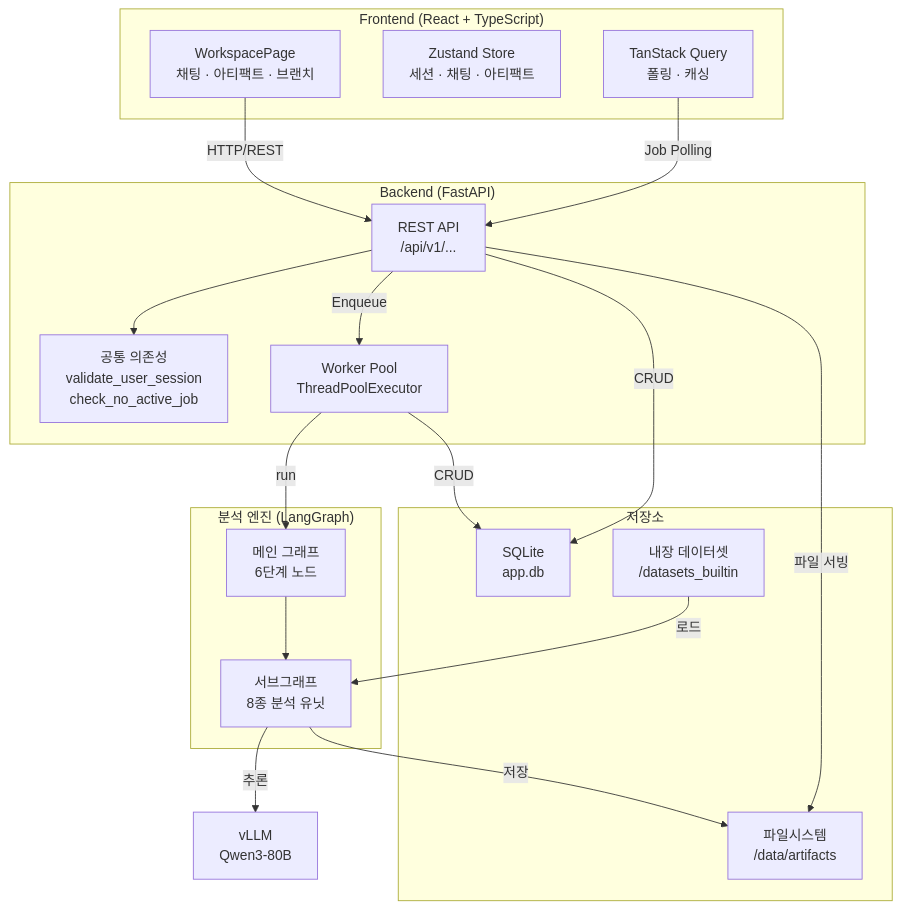
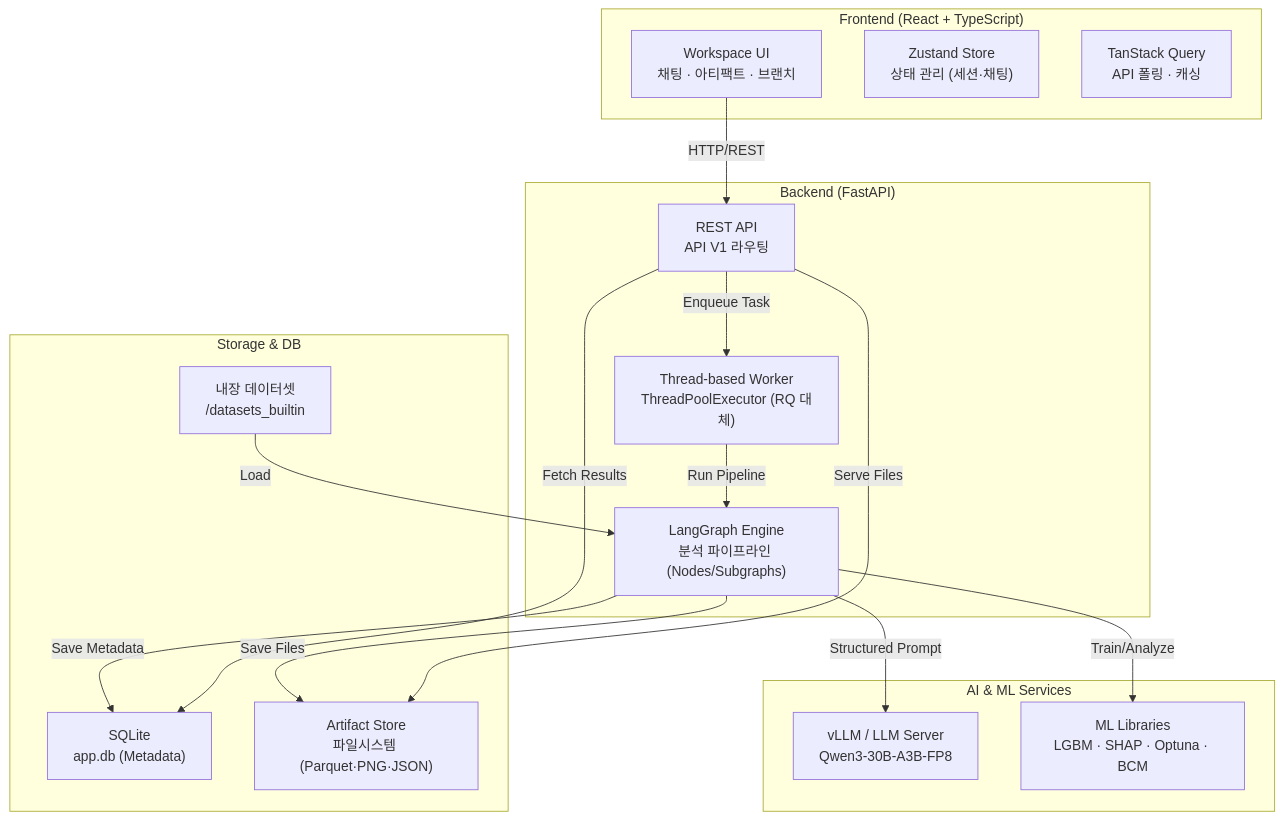
Before and after one commit to DusunHwang/Data_LG: the first of 2 diagrams in README.md, drawn with Mermaid. The commit also changed other lines of this file, not shown here.

````diff
--- a/README.md
+++ b/README.md
@@ -44,39 +21,36 @@
 ```mermaid
 graph TB
     subgraph Client["Frontend (React + TypeScript)"]
-        UI["WorkspacePage\n채팅 · 아티팩트 · 브랜치"]
-        Store["Zustand Store\n세션 · 채팅 · 아티팩트"]
-        TQ["TanStack Query\n폴링 · 캐싱"]
+        UI["Workspace UI\n채팅 · 아티팩트 · 브랜치"]
+        Store["Zustand Store\n상태 관리 (세션·채팅)"]
+        Query["TanStack Query\nAPI 폴링 · 캐싱"]
     end
 
     subgraph Backend["Backend (FastAPI)"]
-        API["REST API\n/api/v1/..."]
-        Deps["공통 의존성\nvalidate_user_session\ncheck_no_active_job"]
-        Worker["Worker Pool\nThreadPoolExecutor"]
+        API["REST API\nAPI V1 라우팅"]
+        Worker["Thread-based Worker\nThreadPoolExecutor (RQ 대체)"]
+        Engine["LangGraph Engine\n분석 파이프라인 (Nodes/Subgraphs)"]
     end
 
-    subgraph Engine["분석 엔진 (LangGraph)"]
-        Main["메인 그래프\n6단계 노드"]
-        Sub["서브그래프\n8종 분석 유닛"]
+    subgraph AI_ML["AI & ML Services"]
+        LLM["vLLM / LLM Server\nQwen3-30B-A3B-FP8"]
+        ML_Lib["ML Libraries\nLGBM · SHAP · Optuna · BCM"]
     end
 
-    subgraph Storage["저장소"]
-        DB["SQLite\napp.db"]
-        FS["파일시스템\n/data/artifacts"]
+    subgraph Storage["Storage & DB"]
+        DB["SQLite\napp.db (Metadata)"]
+        FS["Artifact Store\n파일시스템 (Parquet·PNG·JSON)"]
         Builtin["내장 데이터셋\n/datasets_builtin"]
     end
 
-    LLM["vLLM\nQwen3-80B"]
-
     UI -->|HTTP/REST| API
-    TQ -->|Job Polling| API
-    API --> Deps
-    API -->|Enqueue| Worker
-    Worker -->|run| Main
-    Main --> Sub
-    Sub -->|추론| LLM
-    Sub -->|저장| FS
-    API & Worker -->|CRUD| DB
-    API -->|파일 서빙| FS
-    Builtin -->|로드| Sub
+    API -->|Enqueue Task| Worker
+    Worker -->|Run Pipeline| Engine
+    Engine -->|Structured Prompt| LLM
+    Engine -->|Train/Analyze| ML_Lib
+    Engine -->|Save Metadata| DB
+    Engine -->|Save Files| FS
+    API -->|Fetch Results| DB
+    API -->|Serve Files| FS
+    Builtin -->|Load| Engine
 ```
````
